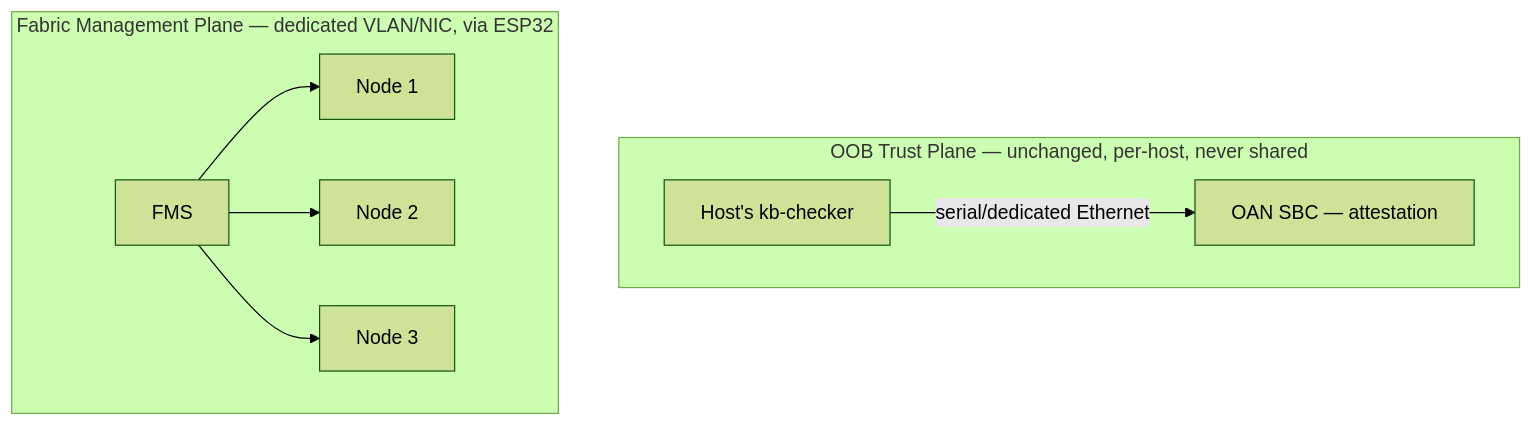
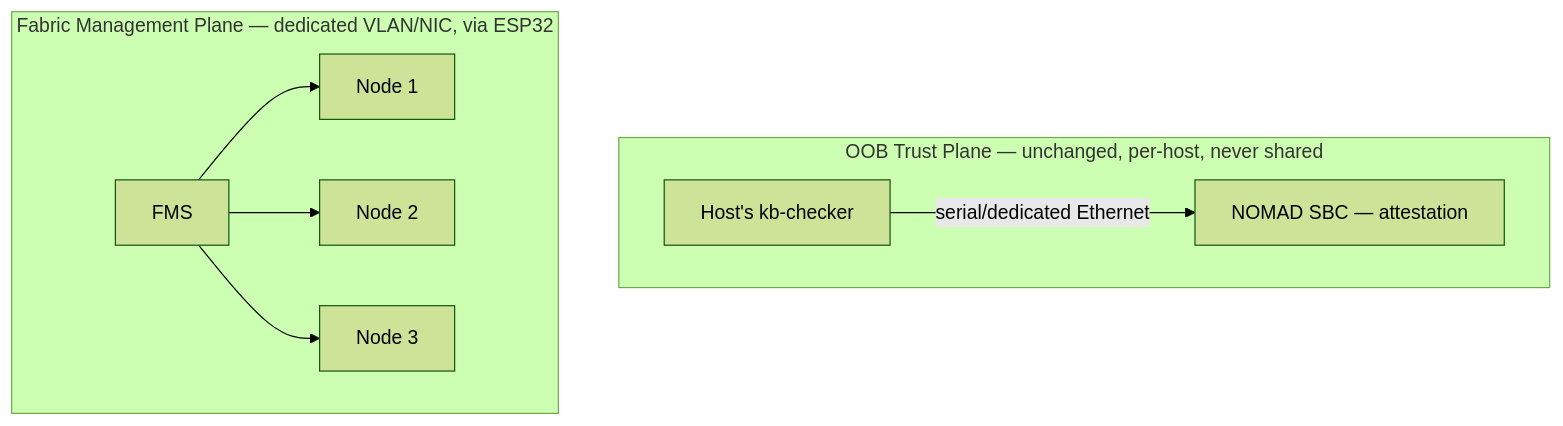
One commit to pardhuvarmax/kernel-borderlands changed the fifth of 7 diagrams in docs/features/hardware-ext/nomad-fms.md. Above: the diagram before and after it, drawn with Mermaid (forest theme). The commit also changed other lines of this file and 6 other files, not shown here.

First line of the commit message:
rename: finish OAN -> NOMAD content updates missed by prior commit

````diff
--- a/docs/features/hardware-ext/nomad-fms.md
+++ b/docs/features/hardware-ext/nomad-fms.md
@@ -223,11 +223,11 @@
 ```mermaid
 graph TD
     subgraph TRUST["OOB Trust Plane — unchanged, per-host, never shared"]
-        HOST1KBC["Host's kb-checker"] -->|"serial/dedicated Ethernet"| SBC1["OAN SBC — attestation"]
+        HOST1KBC["Host's kb-checker"] -->|"serial/dedicated Ethernet"| SBC1["NOMAD SBC — attestation"]
     end
     subgraph FABRIC["Fabric Management Plane — dedicated VLAN/NIC, via ESP32"]
         FMS["FMS"] --> NODE1["Node 1"]
         FMS --> NODE2["Node 2"]
         FMS --> NODE3["Node 3"]
     end
 ```
````
